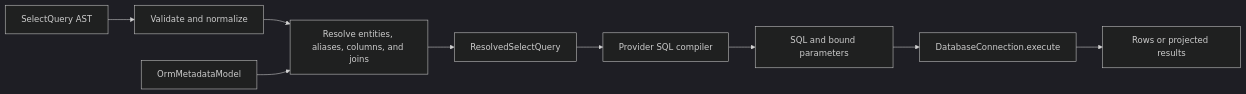
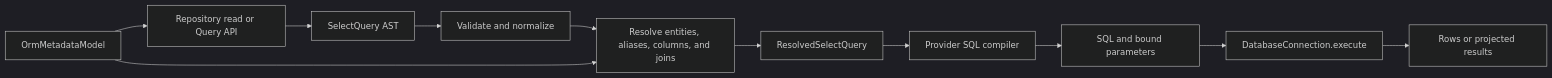
The diagram in README.md (WuichoCruzp17/tyorm), drawn with Mermaid (dark theme) before and after one commit. The commit also changed other lines of this file, not shown here.

````diff
--- a/README.md
+++ b/README.md
@@ -34,11 +48,13 @@
 ```mermaid
 flowchart LR
-    A["SelectQuery AST"] --> B["Validate and normalize"]
+    R["Repository read or Query API"] --> A["SelectQuery AST"]
+    M["OrmMetadataModel"] --> R
+    A --> B["Validate and normalize"]
     B --> C["Resolve entities, aliases, columns, and joins"]
-    M["OrmMetadataModel"] --> C
+    M --> C
     C --> D["ResolvedSelectQuery"]
     D --> E["Provider SQL compiler"]
     E --> F["SQL and bound parameters"]
     F --> G["DatabaseConnection.execute"]
     G --> H["Rows or projected results"]
 ```
````
